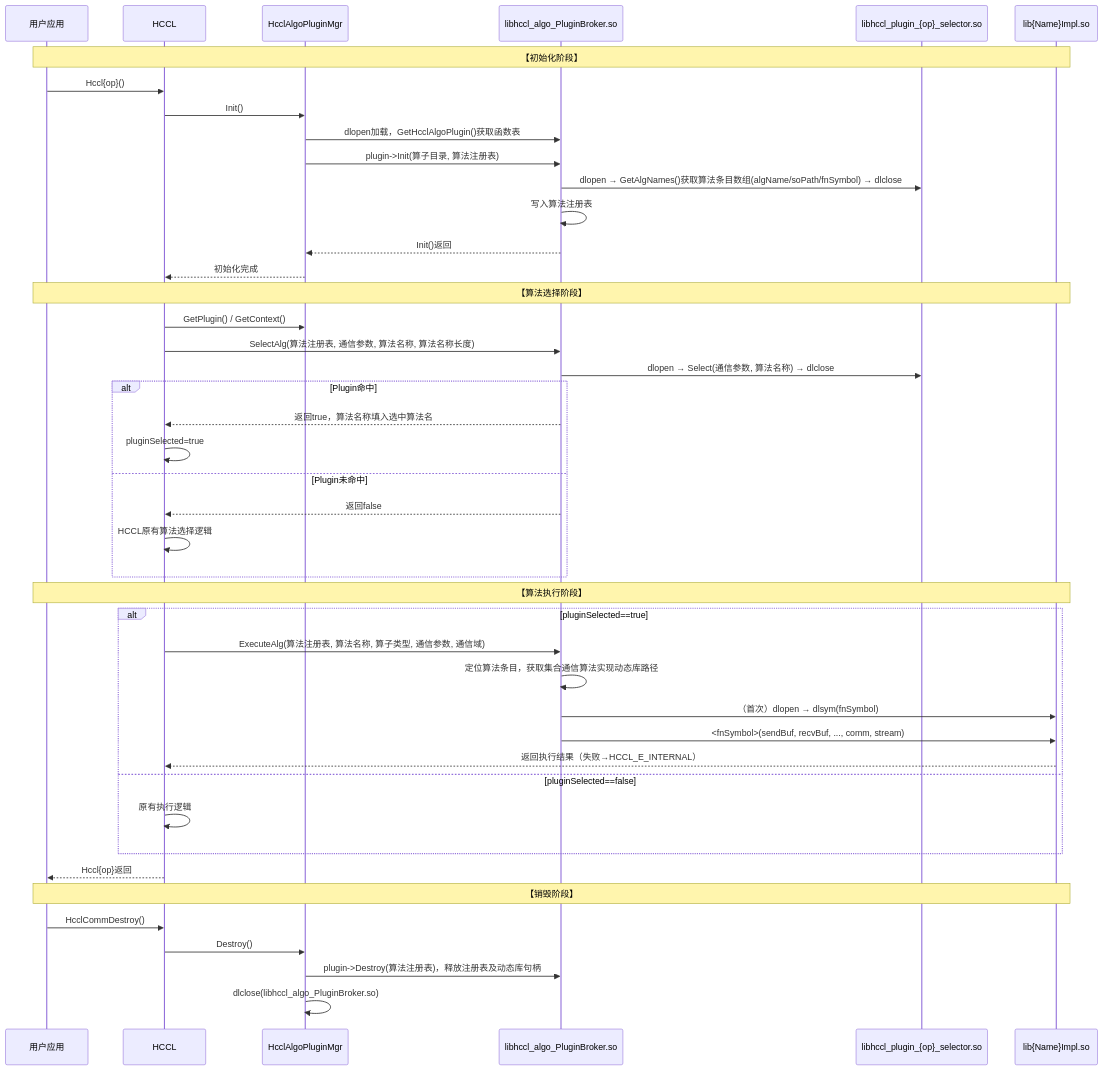
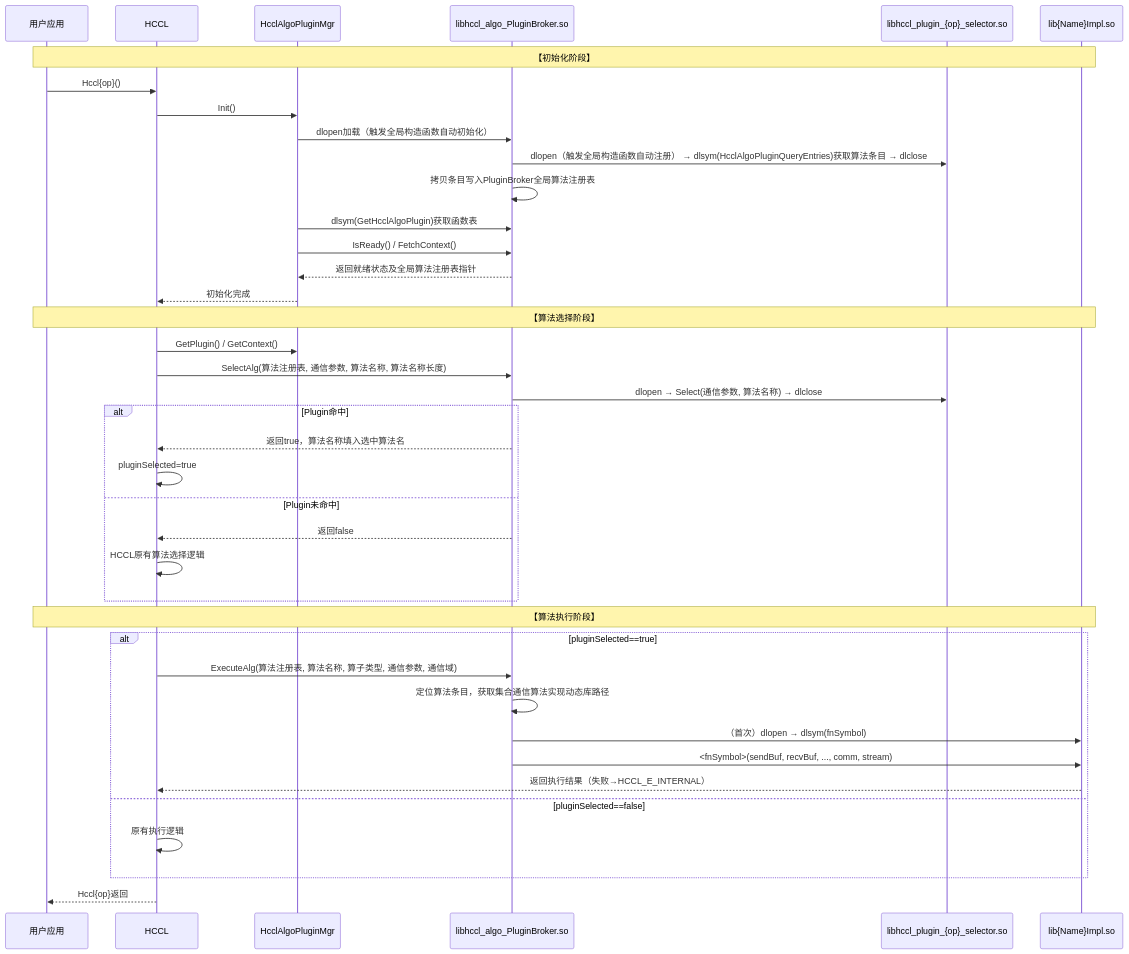
The diagram in docs/zh/rfcs/0001-HCCL-ALGO-Plugin.md (10wvw01/hccl), drawn with Mermaid before and after one commit. The commit also changed other lines of this file, not shown here.

Commit message:
update: 更新文件 0001-HCCL-ALGO-Plugin.md

````diff
--- a/docs/zh/rfcs/0001-HCCL-ALGO-Plugin.md
+++ b/docs/zh/rfcs/0001-HCCL-ALGO-Plugin.md
@@ -166,49 +164,44 @@
 ```mermaid
 sequenceDiagram
     participant App as 用户应用
     participant HCCL as HCCL
     participant Mgr as HcclAlgoPluginMgr
     participant Plugin as libhccl_algo_PluginBroker.so
     participant Selector as libhccl_plugin_{op}_selector.so
     participant AlgLib as lib{Name}Impl.so
 
     Note over App,AlgLib: 【初始化阶段】
     App->>HCCL: Hccl{op}()
     HCCL->>Mgr: Init()
-    Mgr->>Plugin: dlopen加载，GetHcclAlgoPlugin()获取函数表
-    Mgr->>Plugin: plugin->Init(算子目录, 算法注册表)
-    Plugin->>Selector: dlopen → GetAlgNames()获取算法条目数组(algName/soPath/fnSymbol) → dlclose
-    Plugin->>Plugin: 写入算法注册表
-    Plugin-->>Mgr: Init()返回
+    Mgr->>Plugin: dlopen加载（触发全局构造函数自动初始化）
+    Plugin->>Selector: dlopen（触发全局构造函数自动注册） → dlsym(HcclAlgoPluginQueryEntries)获取算法条目 → dlclose
+    Plugin->>Plugin: 拷贝条目写入PluginBroker全局算法注册表
+    Mgr->>Plugin: dlsym(GetHcclAlgoPlugin)获取函数表
+    Mgr->>Plugin: IsReady() / FetchContext()
+    Plugin-->>Mgr: 返回就绪状态及全局算法注册表指针
     Mgr-->>HCCL: 初始化完成
 
     Note over App,AlgLib: 【算法选择阶段】
     HCCL->>Mgr: GetPlugin() / GetContext()
     HCCL->>Plugin: SelectAlg(算法注册表, 通信参数, 算法名称, 算法名称长度)
     Plugin->>Selector: dlopen → Select(通信参数, 算法名称) → dlclose
     alt Plugin命中
         Plugin-->>HCCL: 返回true，算法名称填入选中算法名
         HCCL->>HCCL: pluginSelected=true
     else Plugin未命中
         Plugin-->>HCCL: 返回false
         HCCL->>HCCL: HCCL原有算法选择逻辑
     end
 
     Note over App,AlgLib: 【算法执行阶段】
     alt pluginSelected==true
         HCCL->>Plugin: ExecuteAlg(算法注册表, 算法名称, 算子类型, 通信参数, 通信域)
         Plugin->>Plugin: 定位算法条目，获取集合通信算法实现动态库路径
         Plugin->>AlgLib: （首次）dlopen → dlsym(fnSymbol)
         Plugin->>AlgLib: <fnSymbol>(sendBuf, recvBuf, ..., comm, stream)
         AlgLib-->>HCCL: 返回执行结果（失败→HCCL_E_INTERNAL）
     else pluginSelected==false
         HCCL->>HCCL: 原有执行逻辑
     end
     HCCL-->>App: Hccl{op}返回
-
-    Note over App,AlgLib: 【销毁阶段】
-    App->>HCCL: HcclCommDestroy()
-    HCCL->>Mgr: Destroy()
-    Mgr->>Plugin: plugin->Destroy(算法注册表)，释放注册表及动态库句柄
-    Mgr->>Mgr: dlclose(libhccl_algo_PluginBroker.so)
 ```
````
